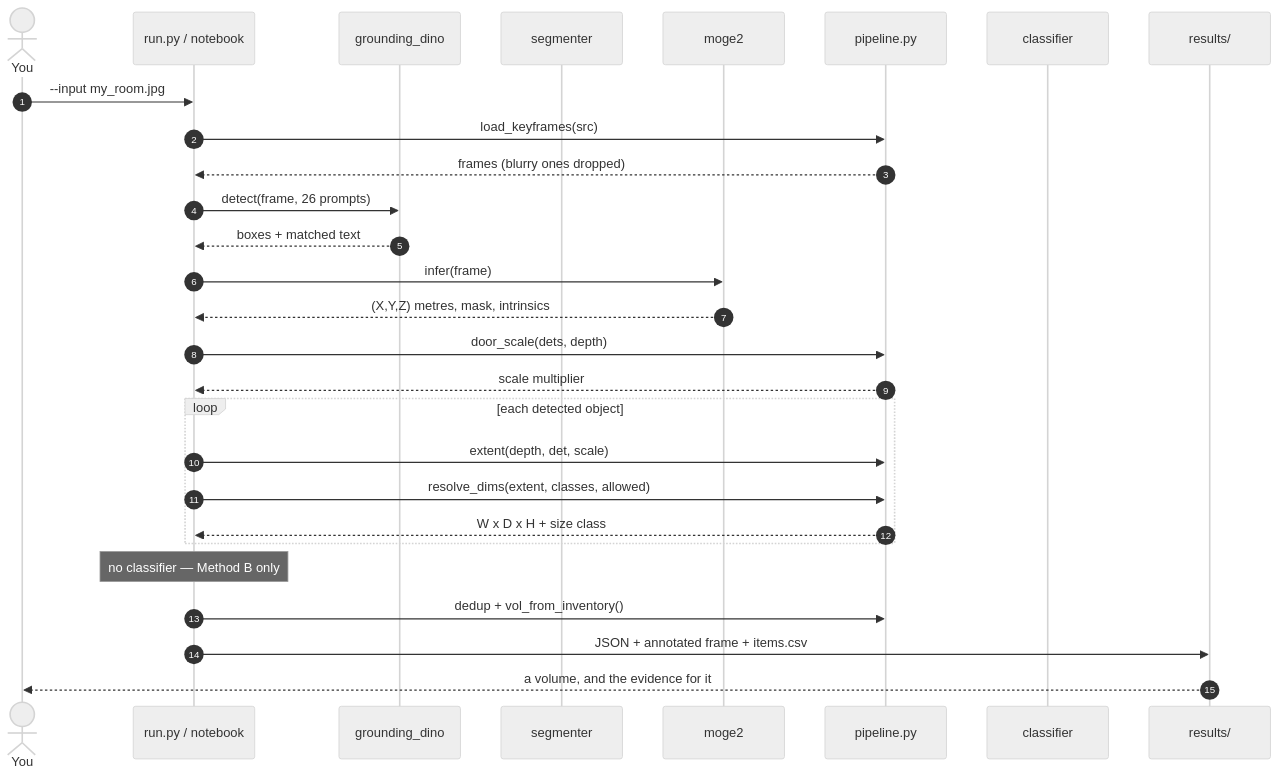
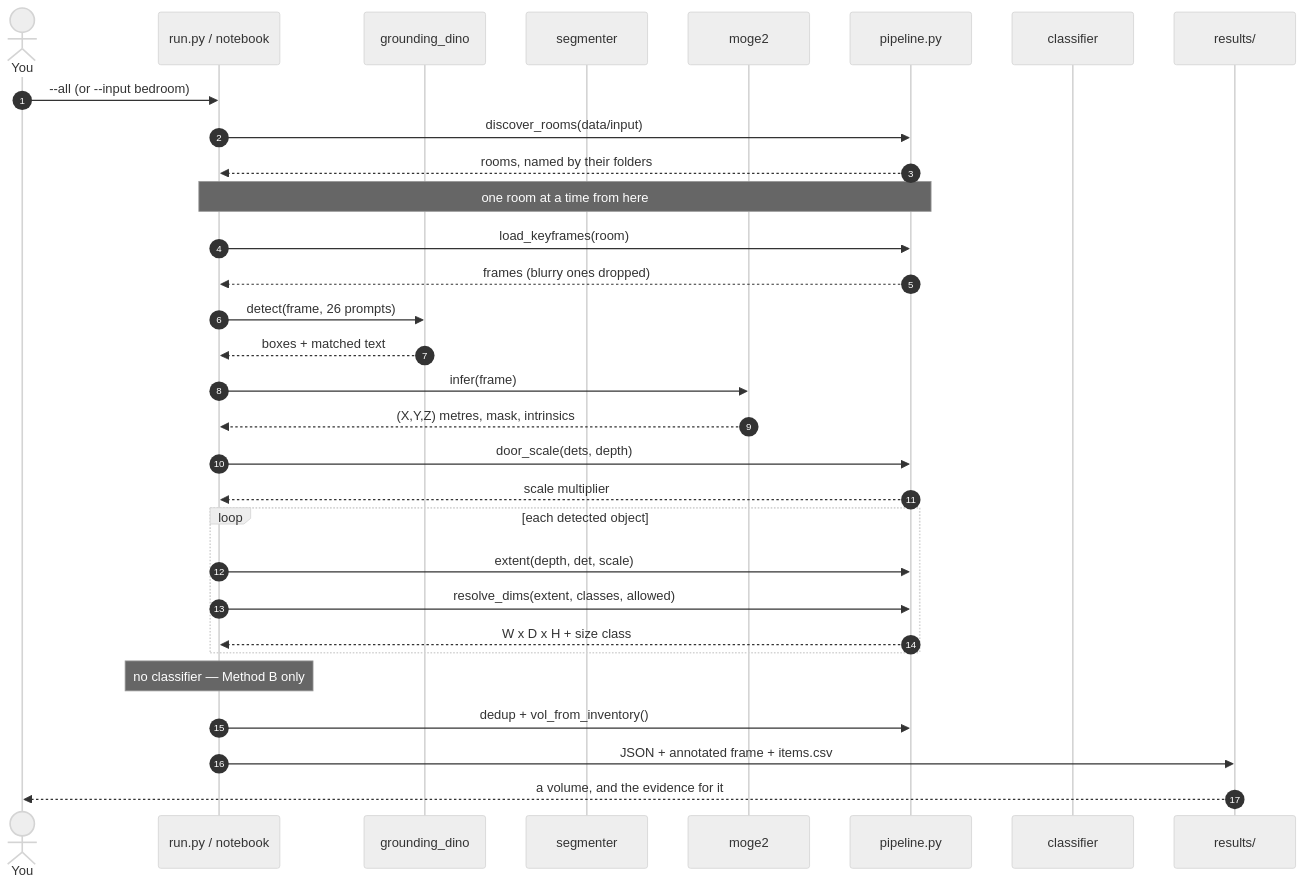
Before and after one commit to ikramHoque/object-with-dimention-detection: the second of 2 diagrams in poc/pipelines/grounding_dino__moge2__nocls/DIAGRAM.md, drawn with Mermaid (neutral theme). The commit also changed other lines of this file and 51 other files, not shown here.

````diff
--- a/poc/pipelines/grounding_dino__moge2__nocls/DIAGRAM.md
+++ b/poc/pipelines/grounding_dino__moge2__nocls/DIAGRAM.md
@@ -86,31 +112,34 @@
 ```mermaid
 sequenceDiagram
     autonumber
     actor U as You
     participant R as run.py / notebook
     participant D as grounding_dino
     participant SEG as segmenter
     participant M as moge2
     participant P as pipeline.py
     participant C as classifier
     participant O as results/
 
-    U->>R: --input my_room.jpg
-    R->>P: load_keyframes(src)
+    U->>R: --all   (or --input bedroom)
+    R->>P: discover_rooms(data/input)
+    P-->>R: rooms, named by their folders
+    Note over R,P: one room at a time from here
+    R->>P: load_keyframes(room)
     P-->>R: frames (blurry ones dropped)
     R->>D: detect(frame, 26 prompts)
     D-->>R: boxes + matched text
     R->>M: infer(frame)
     M-->>R: (X,Y,Z) metres, mask, intrinsics
     R->>P: door_scale(dets, depth)
     P-->>R: scale multiplier
     loop each detected object
         R->>P: extent(depth, det, scale)
         R->>P: resolve_dims(extent, classes, allowed)
         P-->>R: W x D x H + size class
     end
     Note over R: no classifier — Method B only
     R->>P: dedup + vol_from_inventory()
     R->>O: JSON + annotated frame + items.csv
     O-->>U: a volume, and the evidence for it
 ```
````
